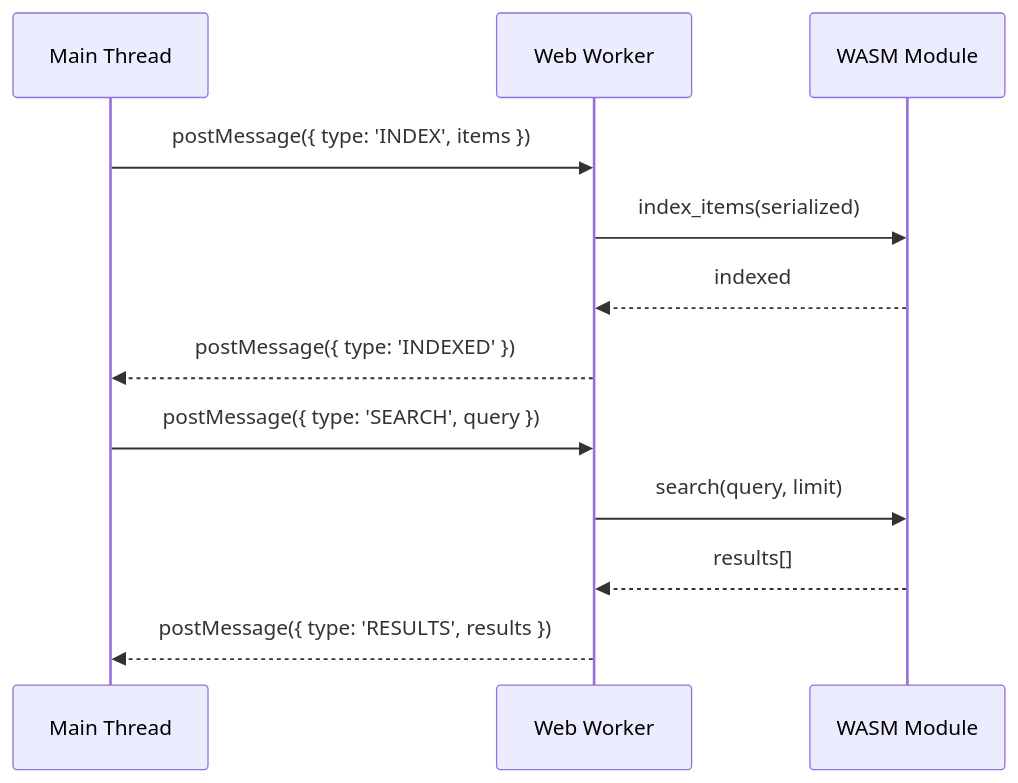
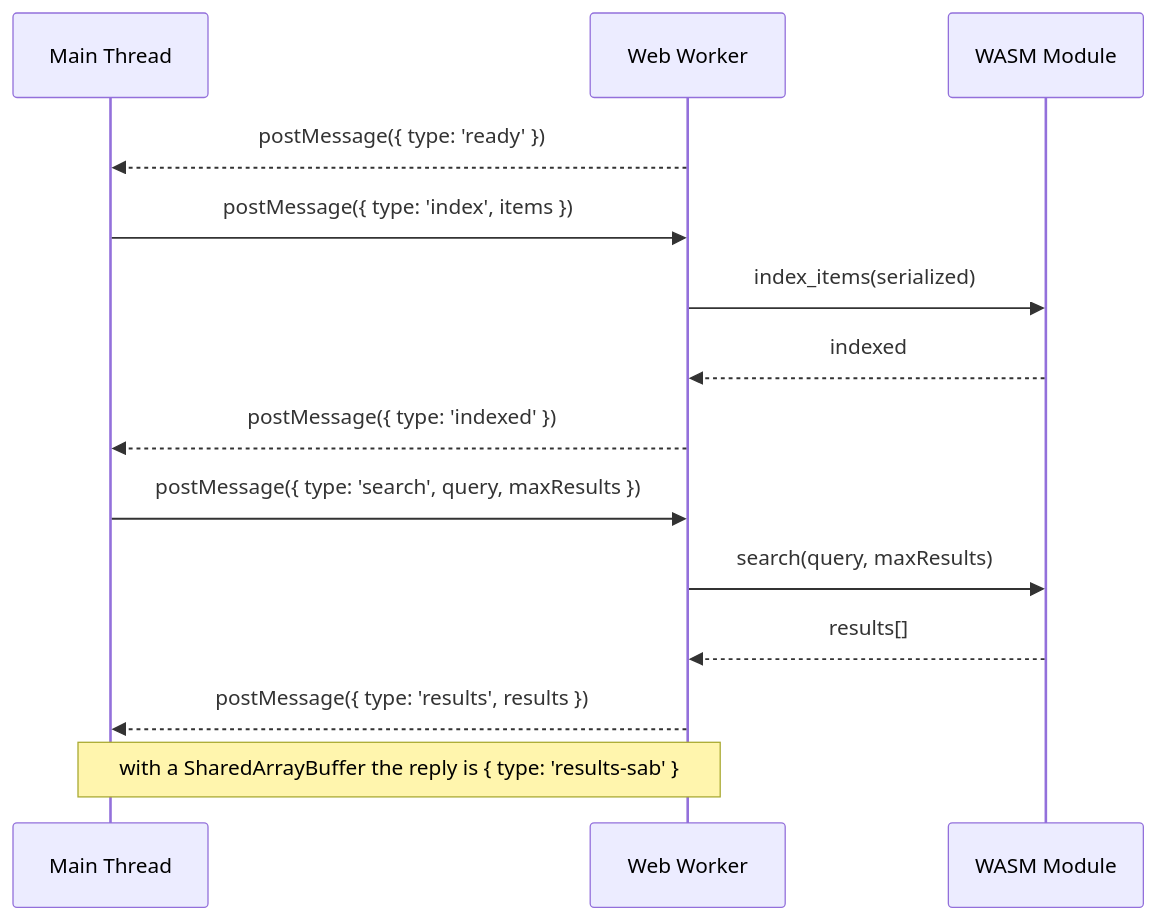
The fifth of 5 diagrams in apps/docs/guide/architecture.md (ABCrimson/modern-cmdk), drawn with Mermaid before and after one commit. The commit also changed other lines of this file and 18 other files, not shown here.

First line of the commit message:
docs(guide): guides, the architecture overview and the recipes true to the code

````diff
--- a/apps/docs/guide/architecture.md
+++ b/apps/docs/guide/architecture.md
@@ -110,16 +106,19 @@
 ```mermaid
 sequenceDiagram
     participant Main as Main Thread
     participant Worker as Web Worker
     participant WASM as WASM Module
 
-    Main->>Worker: postMessage({ type: 'INDEX', items })
+    Worker-->>Main: postMessage({ type: 'ready' })
+
+    Main->>Worker: postMessage({ type: 'index', items })
     Worker->>WASM: index_items(serialized)
     WASM-->>Worker: indexed
-    Worker-->>Main: postMessage({ type: 'INDEXED' })
+    Worker-->>Main: postMessage({ type: 'indexed' })
 
-    Main->>Worker: postMessage({ type: 'SEARCH', query })
-    Worker->>WASM: search(query, limit)
+    Main->>Worker: postMessage({ type: 'search', query, maxResults })
+    Worker->>WASM: search(query, maxResults)
     WASM-->>Worker: results[]
-    Worker-->>Main: postMessage({ type: 'RESULTS', results })
+    Worker-->>Main: postMessage({ type: 'results', results })
+    Note over Worker,Main: with a SharedArrayBuffer the reply is { type: 'results-sab' }
 ```
````
